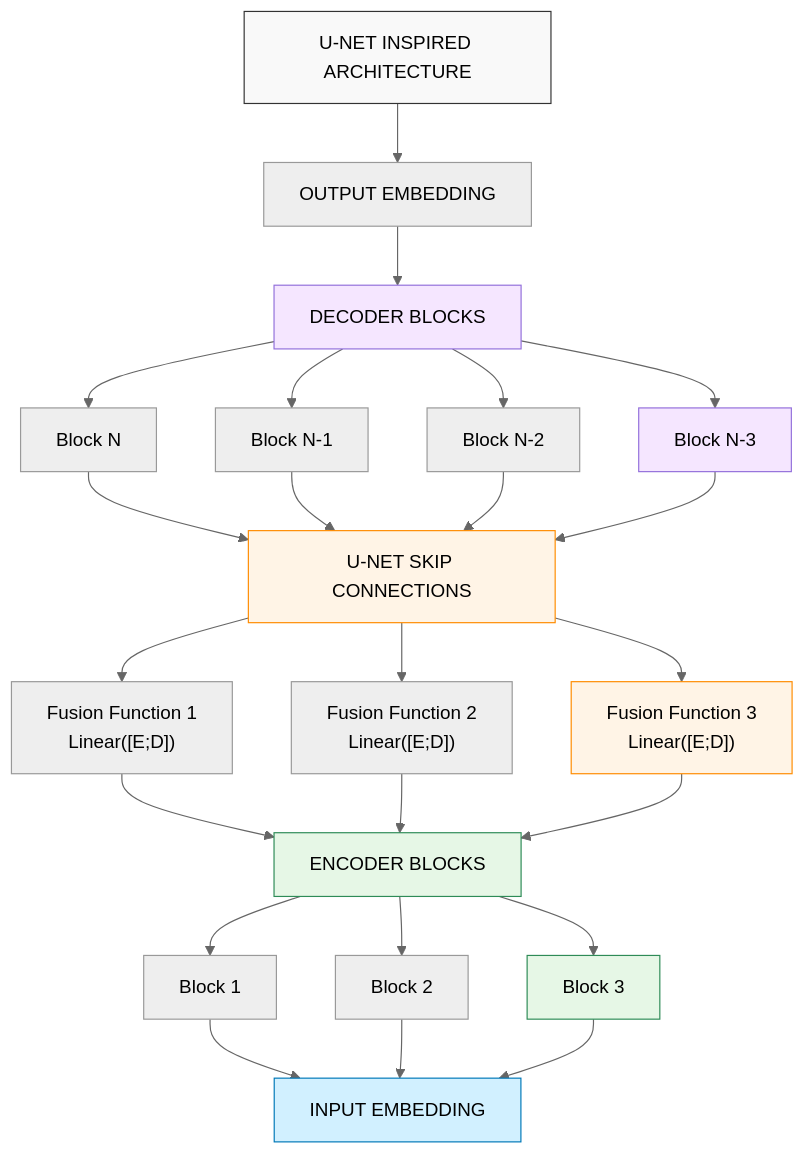
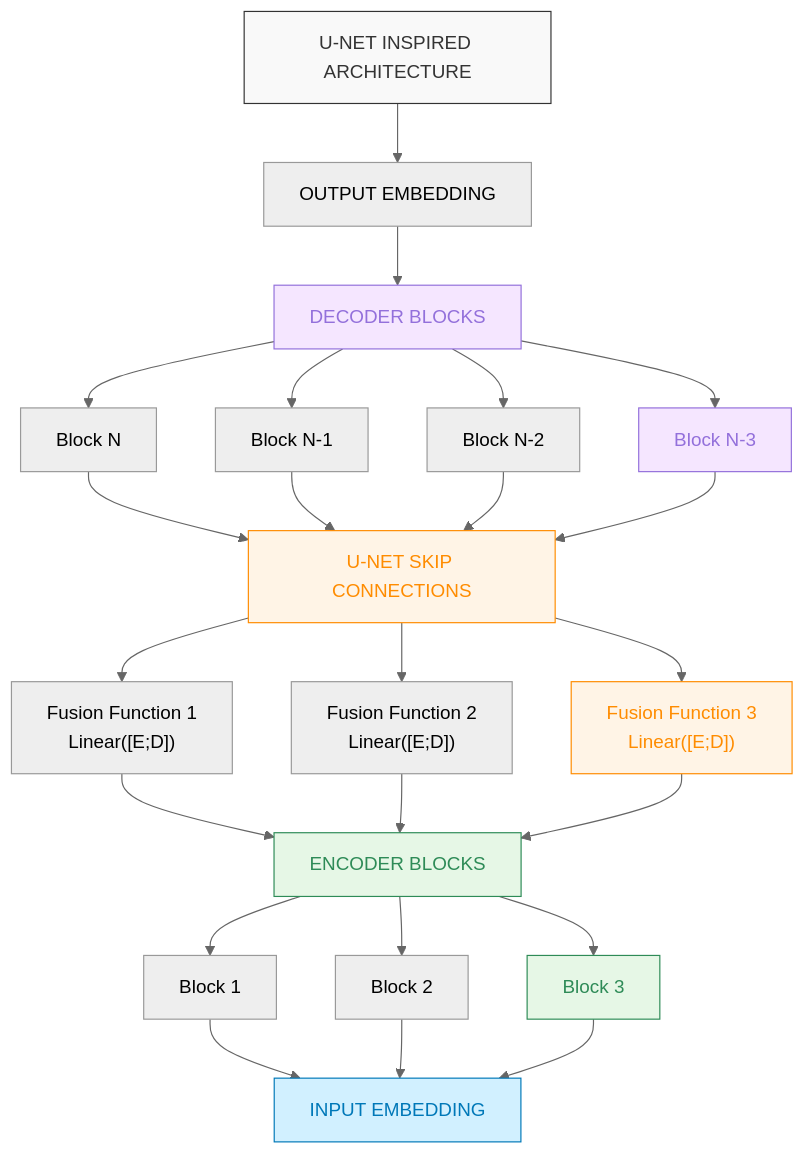
One commit to CambrianTech/sentinel-ai changed the sixth of 6 diagrams in docs/improved_diagrams/mermaid/main_architecture.md. Above: the diagram before and after it, drawn with Mermaid (neutral theme). The commit also changed other lines of this file and 3 other files, not shown here.

First line of the commit message:
Fix colors in Mermaid diagrams for better readability (#33)

````diff
--- a/docs/improved_diagrams/mermaid/main_architecture.md
+++ b/docs/improved_diagrams/mermaid/main_architecture.md
@@ -284,61 +284,61 @@
 ```mermaid
 flowchart TD
-    classDef standard fill:#f9f9f9,stroke:#333,stroke-width:1px
-    classDef embedding fill:#d1f0ff,stroke:#0078b8,stroke-width:1px
-    classDef decoder fill:#f5e6ff,stroke:#9370db,stroke-width:1px
-    classDef skip fill:#fff4e6,stroke:#ff8c00,stroke-width:1px
-    classDef encoder fill:#e6f7e6,stroke:#2e8b57,stroke-width:1px
+    classDef standard fill:#f9f9f9,stroke:#333,stroke-width:1px,color:#333
+    classDef embedding fill:#d1f0ff,stroke:#0078b8,stroke-width:1px,color:#0078b8
+    classDef decoder fill:#f5e6ff,stroke:#9370db,stroke-width:1px,color:#9370db
+    classDef skip fill:#fff4e6,stroke:#ff8c00,stroke-width:1px,color:#ff8c00
+    classDef encoder fill:#e6f7e6,stroke:#2e8b57,stroke-width:1px,color:#2e8b57
     
     %% Main Components
     title["U-NET INSPIRED ARCHITECTURE"]
     outputEmbed["OUTPUT EMBEDDING"]
     decoderBlocks["DECODER BLOCKS"]
     skipConnections["U-NET SKIP CONNECTIONS"]
     encoderBlocks["ENCODER BLOCKS"]
     inputEmbed["INPUT EMBEDDING"]
     
     %% Decoder Components
     blockN["Block N"]
     blockN1["Block N-1"]
     blockN2["Block N-2"]
     blockN3["Block N-3"]
     
     %% Skip Components
     fusion1["Fusion Function 1<br/>Linear([E;D])"]
     fusion2["Fusion Function 2<br/>Linear([E;D])"]
     fusion3["Fusion Function 3<br/>Linear([E;D])"]
     
     %% Encoder Components
     block1["Block 1"]
     block2["Block 2"]
     block3["Block 3"]
     
     %% Connections
     title --> outputEmbed
     outputEmbed --> decoderBlocks
     
     decoderBlocks --> blockN & blockN1 & blockN2 & blockN3
     
     blockN & blockN1 & blockN2 & blockN3 --> skipConnections
     
     skipConnections --> fusion1 & fusion2 & fusion3
     
     fusion1 & fusion2 & fusion3 --> encoderBlocks
     
     encoderBlocks --> block1 & block2 & block3
     
     block1 & block2 & block3 --> inputEmbed
     
     %% Styling
     title:::standard
     outputEmbed & inputEmbed:::embedding
     decoderBlocks:::decoder
     skipConnections:::skip
     encoderBlocks:::encoder
     
     blockN & blockN1 & blockN2 & blockN3:::decoder
     
     fusion1 & fusion2 & fusion3:::skip
     
     block1 & block2 & block3:::encoder
 ```
````
